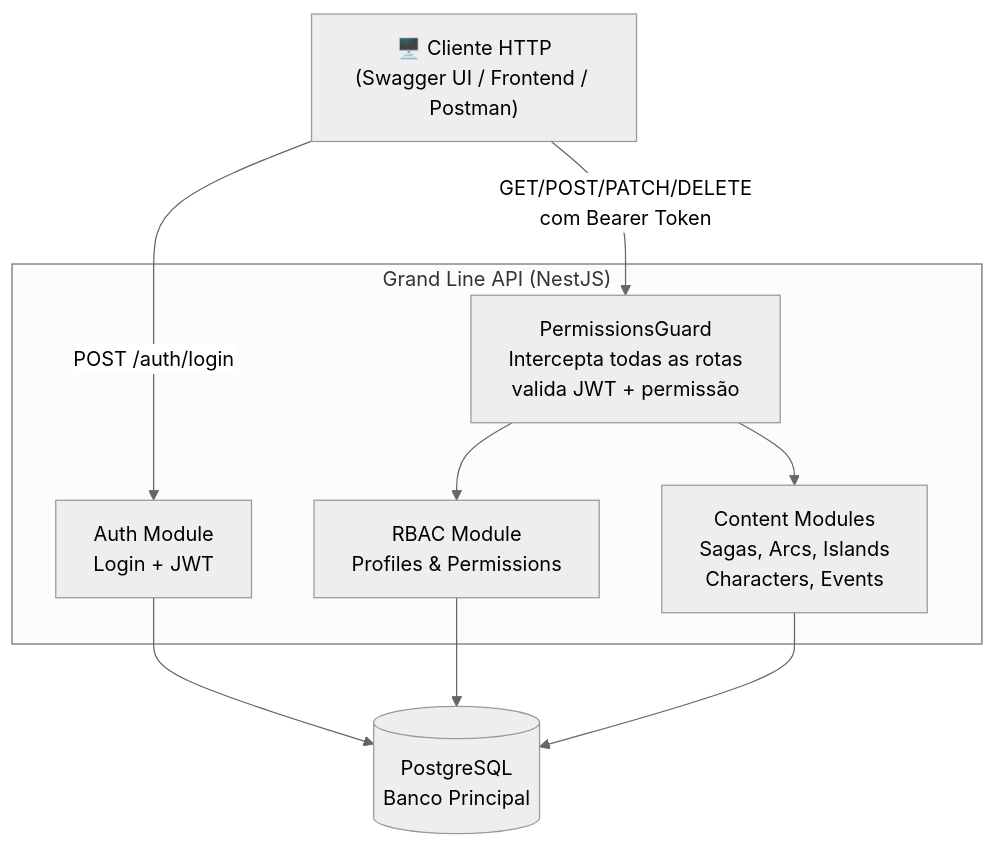
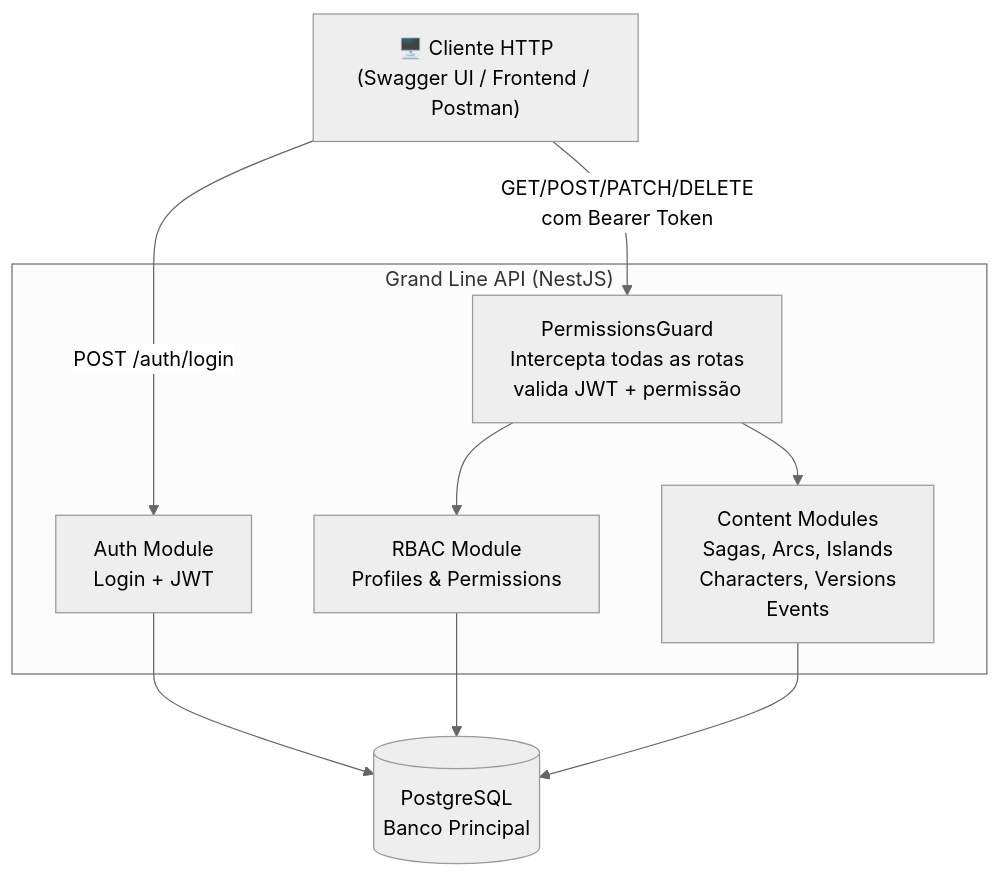
One commit to joaofroez/web-project changed the second of 2 diagrams in README.md. Above: the diagram before and after it, drawn with Mermaid (neutral theme). The commit also changed other lines of this file, not shown here.

````diff
--- a/README.md
+++ b/README.md
@@ -63,21 +63,21 @@
 ```mermaid
 graph TD
     CLIENT["🖥️ Cliente HTTP<br/>(Swagger UI / Frontend / Postman)"]
 
     subgraph API ["Grand Line API (NestJS)"]
         AUTH["Auth Module<br/>Login + JWT"]
         RBAC["RBAC Module<br/>Profiles & Permissions"]
-        CONTENT["Content Modules<br/>Sagas, Arcs, Islands<br/>Characters, Events"]
+        CONTENT["Content Modules<br/>Sagas, Arcs, Islands<br/>Characters, Versions<br/>Events"]
         GUARD["PermissionsGuard<br/>Intercepta todas as rotas<br/>valida JWT + permissão"]
     end
 
     DB[("PostgreSQL<br/>Banco Principal")]
 
     CLIENT -->|"POST /auth/login"| AUTH
     CLIENT -->|"GET/POST/PATCH/DELETE<br/>com Bearer Token"| GUARD
     GUARD --> RBAC
     GUARD --> CONTENT
     AUTH --> DB
     RBAC --> DB
     CONTENT --> DB
 ```
````
